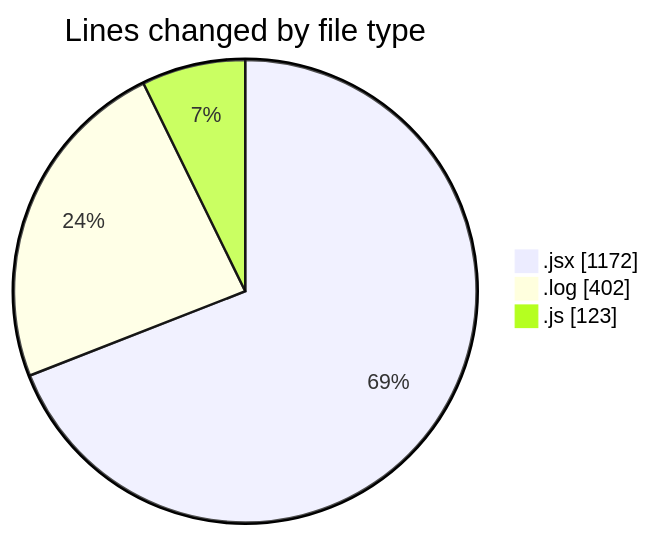
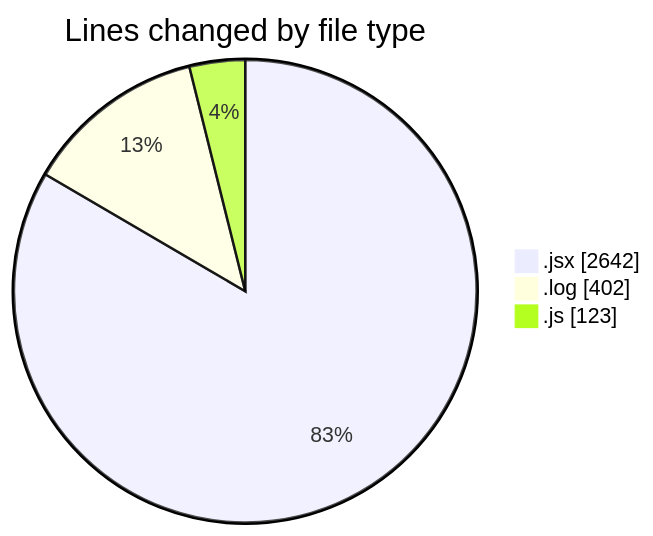
Before and after one commit to nxtqubesakshisongat/code-tracking: the first of 2 diagrams in 2025-05-02/nxtqube_webapp/README.md, drawn with Mermaid. The commit also changed other lines of this file and 1 other file, not shown here.

````diff
--- a/2025-05-02/nxtqube_webapp/README.md
+++ b/2025-05-02/nxtqube_webapp/README.md
@@ -24,7 +26,7 @@
 ```mermaid
 pie showData
 title Lines changed by file type
-".jsx" : 1172
+".jsx" : 2642
 ".log" : 402
 ".js" : 123
 ```
````
